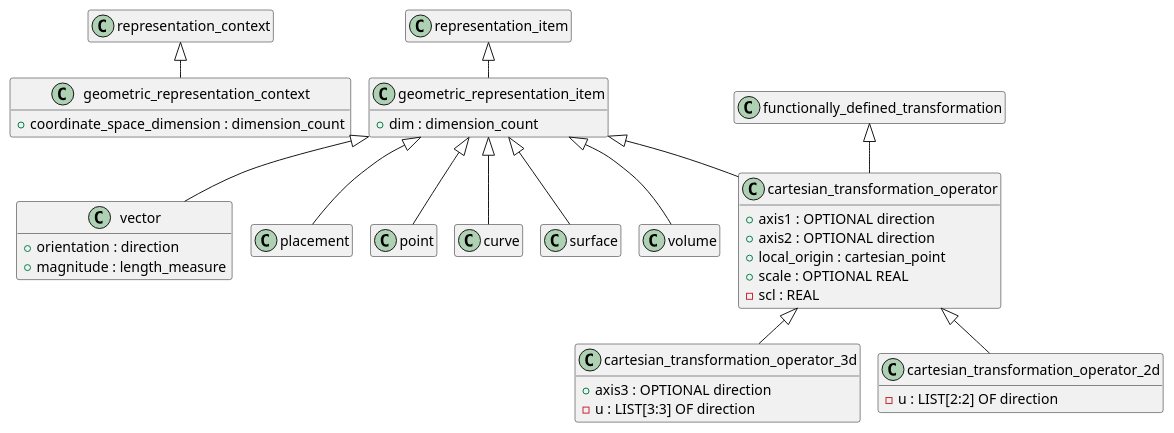
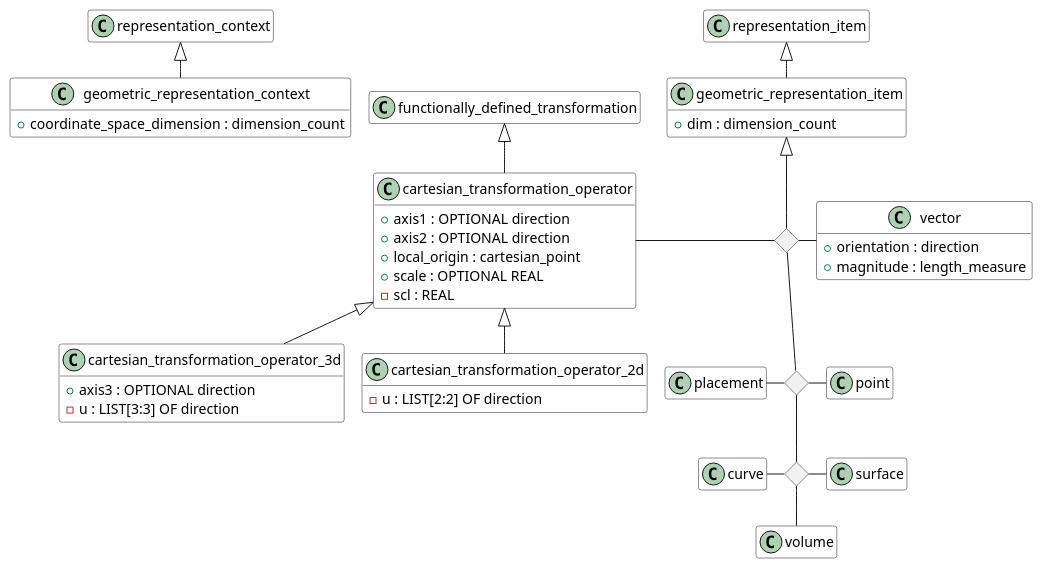
Before and after one commit to chukkaba/10303: the diagram in 005_Geometry+Topology/geometry/source/representation_item.pu, drawn with PlantUML. The commit also changed 10 other files, not shown here.

```diff
--- a/005_Geometry+Topology/geometry/source/representation_item.pu
+++ b/005_Geometry+Topology/geometry/source/representation_item.pu
@@ -1,82 +1,92 @@
-@startuml
+@startuml representation_item
+
 !pragma layout smetana
-skinparam groupInheritance 2
+'skinparam groupInheritance 2
 hide empty members
+'skinparam Linetype ortho
 
-class representation_context {
+class representation_context #White {
   }
 
-class geometric_representation_context {
+class geometric_representation_context #White {
   +coordinate_space_dimension : dimension_count
 }
 
-class representation_item {
+class representation_item #White {
   }
 
-class geometric_representation_item {
+class geometric_representation_item #White {
   +dim : dimension_count
 }
 
-class vector {
+class vector #White {
   +orientation : direction
   +magnitude : length_measure
 }
 
-class placement {
+class placement #White {
  
 }
 
-class point {
+class point #White {
   }
 
 
-class curve {
+class curve #White {
  }
 
-class surface {
+class surface #White {
  }
 
-class volume {
+class volume #White {
   }
 
-class geometric_representation_item {
+class geometric_representation_item #White {
 }
 
-class functionally_defined_transformation {
+class functionally_defined_transformation #White {
 }
 
-class cartesian_transformation_operator {
+class cartesian_transformation_operator #White {
   +axis1 : OPTIONAL direction
   +axis2 : OPTIONAL direction
   +local_origin : cartesian_point
   +scale : OPTIONAL REAL
   -scl : REAL
 }
 
-class cartesian_transformation_operator_3d {
+class cartesian_transformation_operator_3d #White {
   +axis3 : OPTIONAL direction
   -u : LIST[3:3] OF direction
 }
 
-class cartesian_transformation_operator_2d {
+class cartesian_transformation_operator_2d #White {
   -u : LIST[2:2] OF direction
 }
+
+<> diamond
+<> diamond2
+<> diamond3
 
 ' Наследование
 functionally_defined_transformation <|-- cartesian_transformation_operator
 
 cartesian_transformation_operator <|-- cartesian_transformation_operator_3d
 cartesian_transformation_operator <|-- cartesian_transformation_operator_2d
 
 representation_context <|-- geometric_representation_context
 representation_item <|-- geometric_representation_item
 
-geometric_representation_item <|-- vector
-geometric_representation_item <|-- placement
-geometric_representation_item <|-- point
-geometric_representation_item <|-- cartesian_transformation_operator
-geometric_representation_item <|-- curve
-geometric_representation_item <|-- surface
-geometric_representation_item <|-- volume
+diamond -up-|> geometric_representation_item
+diamond2 -up- diamond
+diamond3 -up- diamond2
+
+diamond -left- cartesian_transformation_operator
+diamond -right- vector
+diamond2 -left- placement
+diamond2 -right- point
+diamond3 -left- curve
+diamond3 -right- surface
+diamond3 -- volume
 
 @enduml
```
